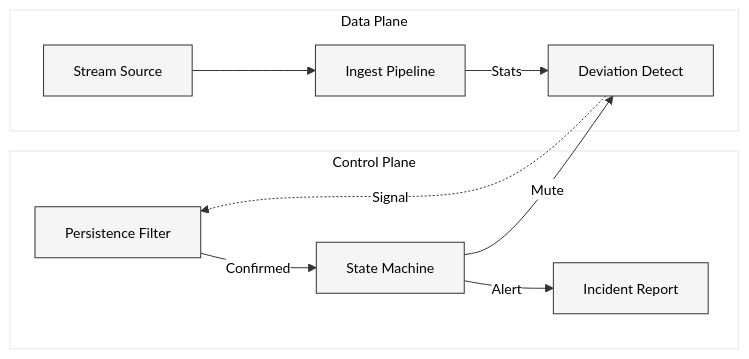
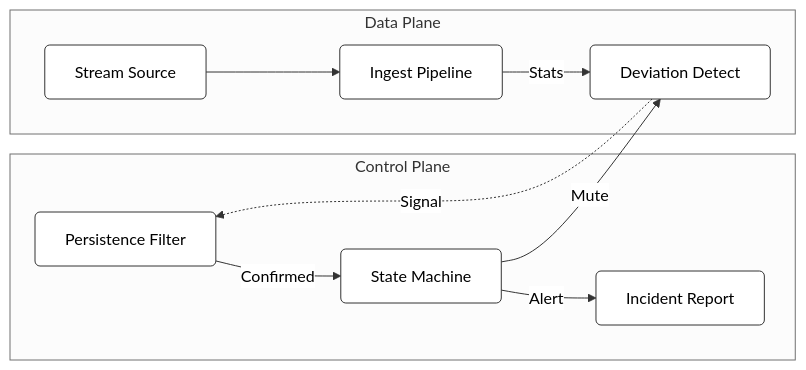
The diagram in README.md (Mihirmaru22/BLACKICE), drawn with Mermaid before and after one commit. The commit also changed other lines of this file, not shown here.

Commit message:
docs: fix mermaid diagram text visibility

````diff
--- a/README.md
+++ b/README.md
@@ -27,38 +27,38 @@
 ```mermaid
-%%{init: {'theme': 'base', 'themeVariables': { 'primaryColor': '#ffffff', 'primaryTextColor': '#000', 'lineColor': '#000', 'fontFamily': 'Courier New, monospace', 'fontSize': '14px'}, 'flowchart': {'curve': 'basis'}}}%%
+%%{init: {'theme': 'neutral', 'flowchart': {'curve': 'basis'}}}%%
 
 graph LR
   %% 1. Define Subgraphs
   subgraph Control["Control Plane"]
-    PF[Persistence Filter]
-    SM[State Machine]
-    IR[Incident Report]
+    PF["Persistence Filter"]
+    SM["State Machine"]
+    IR["Incident Report"]
   end
 
   subgraph Data["Data Plane"]
-    SS[Stream Source]
-    IP[Ingest Pipeline]
-    DD[Deviation Detect]
+    SS["Stream Source"]
+    IP["Ingest Pipeline"]
+    DD["Deviation Detect"]
   end
 
   %% 2. Data Plane Flow
   SS --> IP
   IP -->|Stats| DD
 
   %% 3. Cross-Layer Signal
   DD -.->|Signal| PF
 
   %% 4. Control Plane Flow
   PF -->|Confirmed| SM
   SM -->|Alert| IR
 
   %% 5. Feedback Loop
   SM -->|Mute| DD
 
-  %% 6. Styling - LIGHT GREY FILL
-  classDef box fill:#f5f5f5,stroke:#333,stroke-width:1px,rx:0,ry:0;
+  %% 6. Styling
+  classDef box fill:#fff,stroke:#333,stroke-width:1px,rx:5,ry:5;
   class SS,IP,DD,PF,SM,IR box;
   
-  %% Force connectors to be simple black lines
+  %% Force connectors to be simple
   linkStyle default stroke:#333,stroke-width:1px,fill:none;
 ```
````
